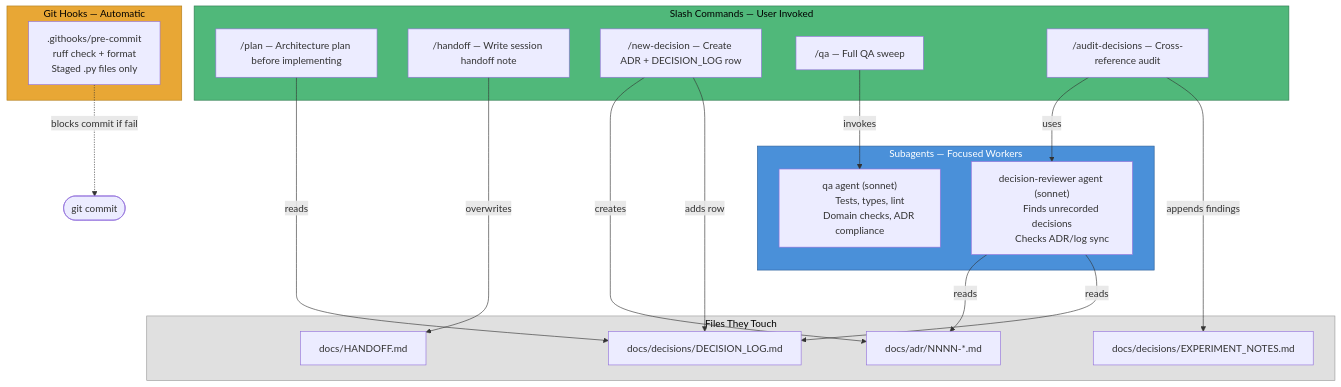
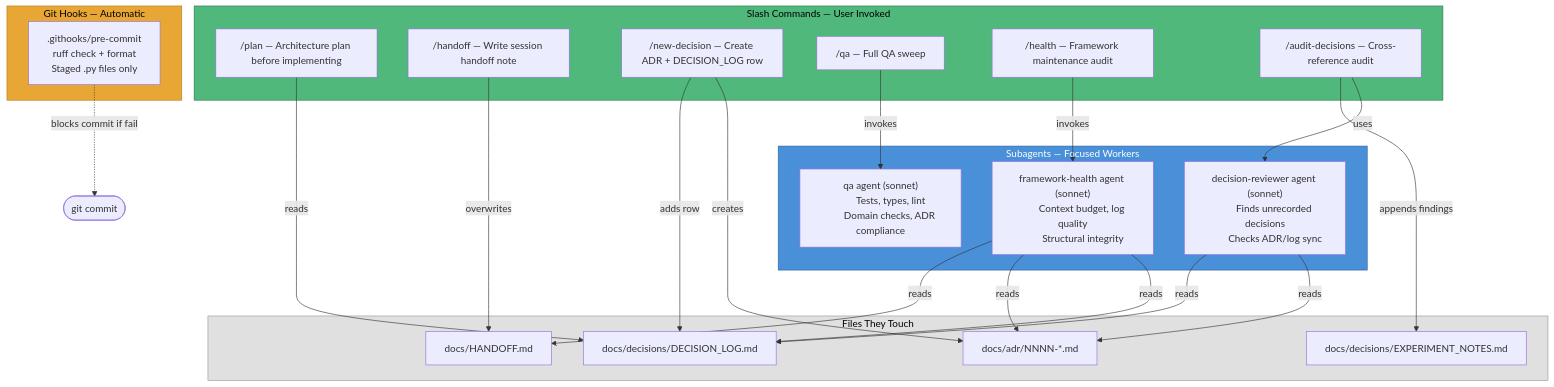
Before and after one commit to maxpowers1/av1-tui-starter: the third of 4 diagrams in docs/FRAMEWORK_DIAGRAM.md, drawn with Mermaid. The commit also changed 4 other files, not shown here.

First line of the commit message:
feat(framework): add /health command and framework-health agent

````diff
--- a/docs/FRAMEWORK_DIAGRAM.md
+++ b/docs/FRAMEWORK_DIAGRAM.md
@@ -118,48 +118,56 @@
 ```mermaid
 flowchart TB
     subgraph COMMANDS["Slash Commands — User Invoked"]
         CMD_PLAN["/plan — Architecture plan before implementing"]
         CMD_HANDOFF["/handoff — Write session handoff note"]
         CMD_DECISION["/new-decision — Create ADR + DECISION_LOG row"]
         CMD_QA["/qa — Full QA sweep"]
+        CMD_HEALTH["/health — Framework maintenance audit"]
         CMD_AUDIT["/audit-decisions — Cross-reference audit"]
     end
 
     subgraph AGENTS["Subagents — Focused Workers"]
         AGENT_QA["qa agent (sonnet)
         Tests, types, lint
         Domain checks, ADR compliance"]
         AGENT_DR["decision-reviewer agent (sonnet)
         Finds unrecorded decisions
         Checks ADR/log sync"]
+        AGENT_FH["framework-health agent (sonnet)
+        Context budget, log quality
+        Structural integrity"]
     end
 
     subgraph HOOKS["Git Hooks — Automatic"]
         HOOK_PC[".githooks/pre-commit
         ruff check + format
         Staged .py files only"]
     end
 
     subgraph FILES["Files They Touch"]
         HANDOFF_MD["docs/HANDOFF.md"]
         ADR_DIR["docs/adr/NNNN-*.md"]
         DECISION_LOG["docs/decisions/DECISION_LOG.md"]
         EXPERIMENT["docs/decisions/EXPERIMENT_NOTES.md"]
     end
 
     CMD_PLAN -->|reads| DECISION_LOG
     CMD_HANDOFF -->|overwrites| HANDOFF_MD
     CMD_DECISION -->|creates| ADR_DIR
     CMD_DECISION -->|adds row| DECISION_LOG
     CMD_QA -->|invokes| AGENT_QA
+    CMD_HEALTH -->|invokes| AGENT_FH
+    AGENT_FH -->|reads| DECISION_LOG
+    AGENT_FH -->|reads| ADR_DIR
+    AGENT_FH -->|reads| HANDOFF_MD
     CMD_AUDIT -->|uses| AGENT_DR
     CMD_AUDIT -->|appends findings| EXPERIMENT
     AGENT_DR -->|reads| ADR_DIR
     AGENT_DR -->|reads| DECISION_LOG
     HOOK_PC -.->|blocks commit if fail| COMMITNODE([git commit])
 
     style COMMANDS fill:#50b87a,stroke:#2d7a4f,color:#000
     style AGENTS fill:#4a90d9,stroke:#2c5f99,color:#fff
     style HOOKS fill:#e8a735,stroke:#b07d1a,color:#000
     style FILES fill:#e0e0e0,stroke:#999,color:#000
 ```
````
